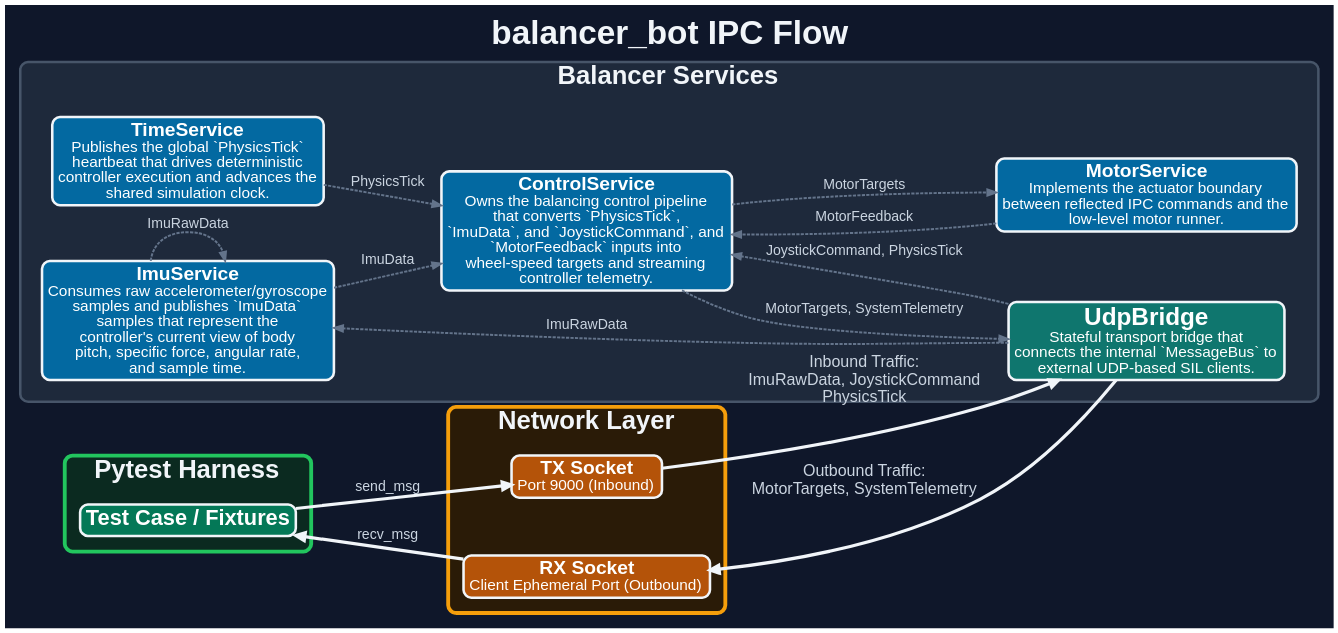
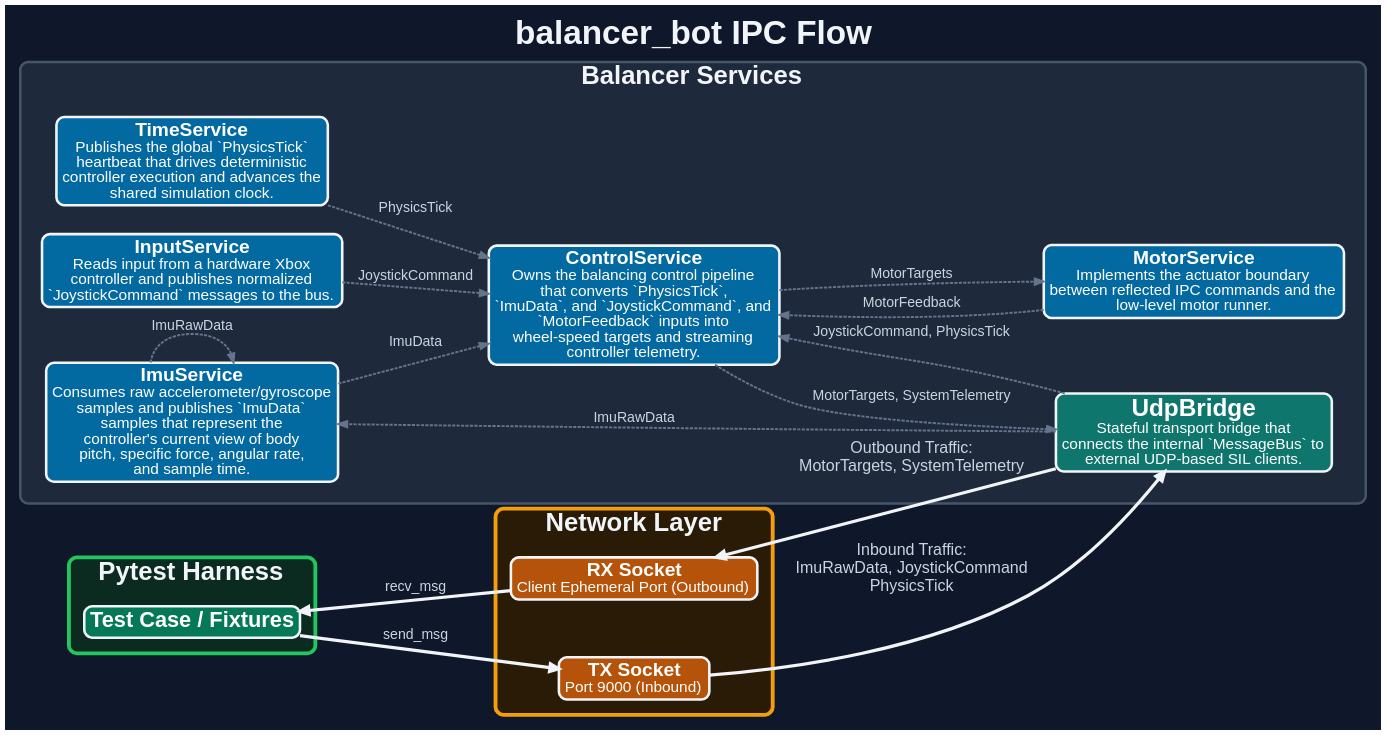
The diagram in doc/ipc/ipc_flow.dot (AxelBjork/balancer_bot), drawn with Graphviz before and after one commit. The commit also changed 13 other files, not shown here.

```diff
--- a/doc/ipc/ipc_flow.dot
+++ b/doc/ipc/ipc_flow.dot
@@ -1,93 +1,98 @@
 digraph IPC {
   rankdir=LR;
   bgcolor="#0F172A";
   pad=0.22;
   nodesep=0.62;
   ranksep=0.70;
   splines=spline;
   remincross=true;
 
   fontname="Helvetica,Arial,sans-serif";
   fontsize=52;
   fontcolor="#F1F5F9";
   label=<<B>balancer_bot IPC Flow</B>>;
   labelloc="t";
 
   node [fontname="Helvetica,Arial,sans-serif", shape=rect, style="filled,rounded", fixedsize=false, margin="0.12,0.08", fontsize=28, fontcolor="#FFFFFF", penwidth=4, color="#F1F5F9"];
 
   edge [fontname="Helvetica,Arial,sans-serif", fontsize=22, fontcolor="#CBD5E1", color="#64748B", penwidth=3.0, arrowsize=1.4, labelfloat=false, labeldistance=0.8, labelangle=10];
 
   subgraph cluster_sim {
     label=<<B><FONT POINT-SIZE="40">Balancer Services</FONT></B>>;
     fontcolor="#F1F5F9";
     style="rounded,filled";
     color="#475569";
     penwidth=4;
     fillcolor="#1E293B";
     margin=34;
     ImuService [
       fillcolor="#0369A1",
       label=<<B><FONT POINT-SIZE="30">ImuService</FONT></B><BR/><FONT POINT-SIZE="24">Consumes raw accelerometer/gyroscope<BR/>samples and publishes `ImuData`<BR/>samples that represent the<BR/>controller&apos;s current view of body<BR/>pitch, specific force, angular rate,<BR/>and sample time.</FONT>>
     ];
     TimeService [
       fillcolor="#0369A1",
       label=<<B><FONT POINT-SIZE="30">TimeService</FONT></B><BR/><FONT POINT-SIZE="24">Publishes the global `PhysicsTick`<BR/>heartbeat that drives deterministic<BR/>controller execution and advances the<BR/>shared simulation clock.</FONT>>
     ];
     ControlService [
       fillcolor="#0369A1",
       label=<<B><FONT POINT-SIZE="30">ControlService</FONT></B><BR/><FONT POINT-SIZE="24">Owns the balancing control pipeline<BR/>that converts `PhysicsTick`,<BR/>`ImuData`, and `JoystickCommand`, and<BR/>`MotorFeedback` inputs into<BR/>wheel-speed targets and streaming<BR/>controller telemetry.</FONT>>
     ];
     MotorService [
       fillcolor="#0369A1",
       label=<<B><FONT POINT-SIZE="30">MotorService</FONT></B><BR/><FONT POINT-SIZE="24">Implements the actuator boundary<BR/>between reflected IPC commands and the<BR/>low-level motor runner.</FONT>>
     ];
+    InputService [
+      fillcolor="#0369A1",
+      label=<<B><FONT POINT-SIZE="30">InputService</FONT></B><BR/><FONT POINT-SIZE="24">Reads input from a hardware Xbox<BR/>controller and publishes normalized<BR/>`JoystickCommand` messages to the bus.</FONT>>
+    ];
     UdpBridge [
       fillcolor="#0F766E",
       label=<<B><FONT POINT-SIZE="38">UdpBridge</FONT></B><BR/><FONT POINT-SIZE="24">Stateful transport bridge that<BR/>connects the internal `MessageBus` to<BR/>external UDP-based SIL clients.</FONT>>
     ];
   }
 
   subgraph cluster_sockets {
     label=<<B><FONT POINT-SIZE="40">Network Layer</FONT></B>>;
     fontcolor="#F1F5F9";
     style="rounded,filled";
     color="#F59E0B";
     penwidth=6;
     fillcolor="#2A1B07";
     margin=24;
 
     { rank=same; TX; RX; }
 
     TX [fillcolor="#B45309", label=<<B><FONT POINT-SIZE="30">TX Socket</FONT></B><BR/><FONT POINT-SIZE="24">Port 9000 (Inbound)</FONT>>];
     RX [fillcolor="#B45309", label=<<B><FONT POINT-SIZE="30">RX Socket</FONT></B><BR/><FONT POINT-SIZE="24">Client Ephemeral Port (Outbound)</FONT>>];
     TX -> RX [style=invis, weight=50, constraint=false];
   }
 
   subgraph cluster_pytest {
     label=<<B><FONT POINT-SIZE="40">Pytest Harness</FONT></B>>;
     fontcolor="#F1F5F9";
     style="rounded,filled";
     color="#22C55E";
     penwidth=6;
     fillcolor="#0B2A20";
     margin=24;
 
     TestCase [fillcolor="#047857", label=<<B><FONT POINT-SIZE="34">Test Case / Fixtures</FONT></B>>];
   }
 
   TestCase -> TX [label="send_msg", color="#F1F5F9", penwidth=5];
   TX -> UdpBridge [label="Inbound Traffic:\nImuRawData, JoystickCommand\nPhysicsTick", color="#F1F5F9", penwidth=5, fontsize=25];
 
   // Internal Service Logic
   ControlService -> MotorService [label="MotorTargets", style=dashed];
   ControlService -> UdpBridge [label="MotorTargets, SystemTelemetry", style=dashed];
   ImuService -> ControlService [label="ImuData", style=dashed];
   ImuService -> ImuService [label="ImuRawData", style=dashed];
+  InputService -> ControlService [label="JoystickCommand", style=dashed];
   MotorService -> ControlService [label="MotorFeedback", style=dashed];
   TimeService -> ControlService [label="PhysicsTick", style=dashed];
   UdpBridge -> ControlService [label="JoystickCommand, PhysicsTick", style=dashed];
   UdpBridge -> ImuService [label="ImuRawData", style=dashed];
 
   RX -> UdpBridge [label="Outbound Traffic:\nMotorTargets, SystemTelemetry", color="#F1F5F9", penwidth=5, dir=back, fontsize=25, arrowtail=normal];
   TestCase -> RX [label="recv_msg", color="#F1F5F9", penwidth=5, dir=back, arrowtail=normal];
 }
```
